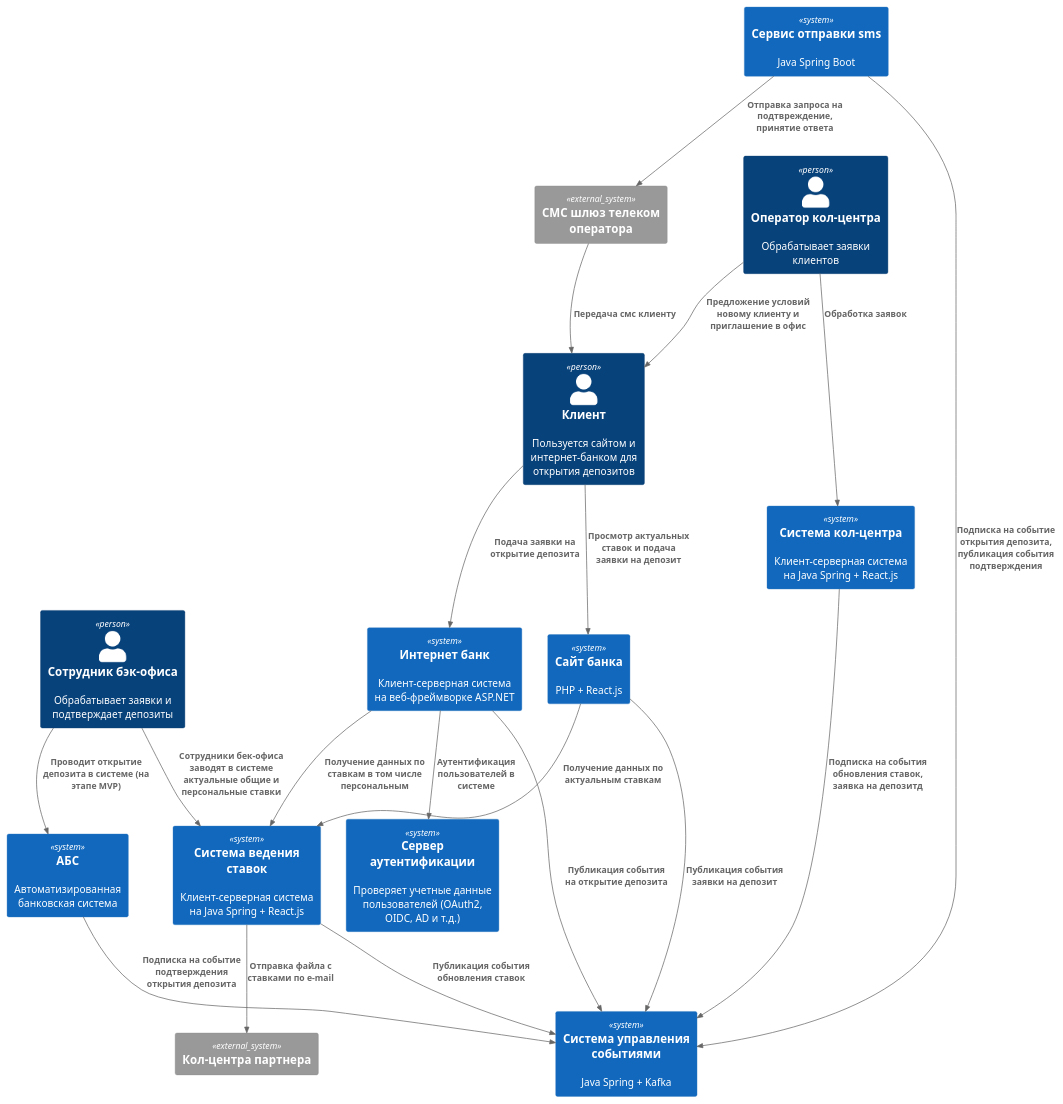
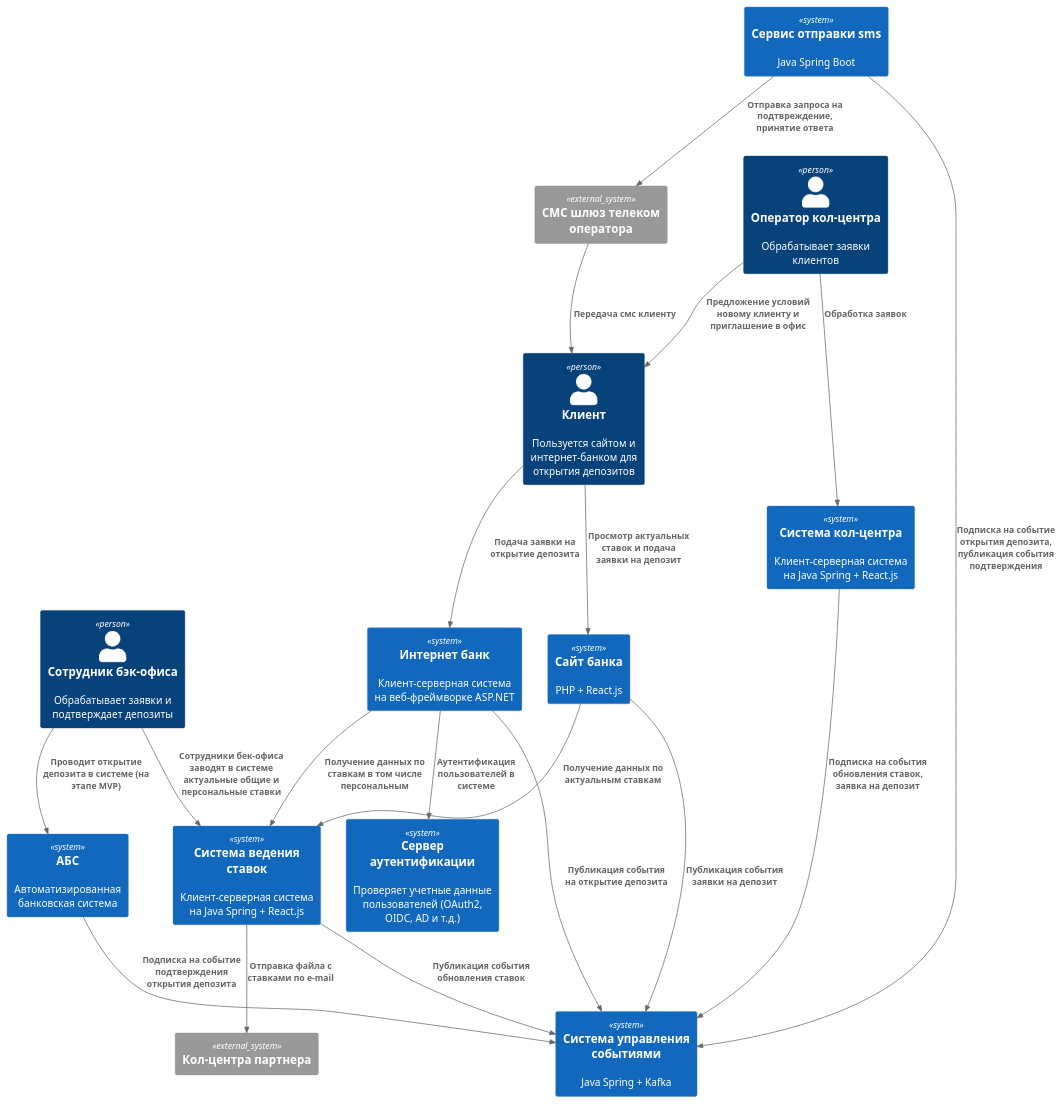
Before and after one commit to kirillgurkin69/architecture-standart: the diagram in Task4/context_new.puml, drawn with PlantUML. The commit also changed 6 other files, not shown here.

```diff
--- a/Task4/context_new.puml
+++ b/Task4/context_new.puml
@@ -1,45 +1,45 @@
 @startuml
 !includeurl https://raw.githubusercontent.com/plantuml-stdlib/C4-PlantUML/master/C4_Context.puml
 
 ' Персонажи
 Person(customer, "Клиент", "Пользуется сайтом и интернет-банком для открытия депозитов")
 Person(callcenter_op, "Оператор кол-центра", "Обрабатывает заявки клиентов")
 Person(backoffice, "Сотрудник бэк-офиса", "Обрабатывает заявки и подтверждает депозиты")
 
 ' Существующие системы
 System(cbs, "АБС", "Автоматизированная банковская система")
 System(internet_bank, "Интернет банк", "Клиент-серверная система на веб-фреймворке ASP.NET")
 System(call_center, "Система кол-центра", "Клиент-серверная система на Java Spring + React.js")
 System(web_site, "Сайт банка", "PHP + React.js")
 System(auth_provider, "Сервер аутентификации", "Проверяет учетные данные пользователей (OAuth2, OIDC, AD и т.д.)")
 
 ' Внешние системы
 System_Ext(call_center_ext, "Кол-центра партнера")
 System_Ext(sms_gateway, "СМС шлюз телеком оператора")
 
 ' Новые системы
 System(rate_system, "Система ведения ставок", "Клиент-серверная система на Java Spring + React.js")
 System(event_system, "Система управления событиями", "Java Spring + Kafka")
 System(sms_service, "Сервис отправки sms", "Java Spring Boot")
 
 Rel(customer, web_site, "Просмотр актуальных ставок и подача заявки на депозит")
 Rel(web_site, rate_system, "Получение данных по актуальным ставкам")
 Rel(web_site, event_system, "Публикация события заявки на депозит")
 Rel(callcenter_op, call_center, "Обработка заявок")
 Rel(callcenter_op, customer, "Предложение условий новому клиенту и приглашение в офис")
 Rel(internet_bank, rate_system, "Получение данных по ставкам в том числе персональным")
 Rel(customer, internet_bank, "Подача заявки на открытие депозита")
 Rel(internet_bank, event_system, "Публикация события на открытие депозита")
 Rel(sms_service, event_system, "Подписка на событие открытия депозита, публикация события подтверждения")
 Rel(sms_service, sms_gateway, "Отправка запроса на подтвреждение, принятие ответа")
 Rel(sms_gateway, customer, "Передача смс клиенту")
 Rel(cbs, event_system, "Подписка на событие подтверждения открытия депозита ")
 Rel(backoffice, cbs, "Проводит открытие депозита в системе (на этапе MVP)")
 Rel(backoffice, rate_system, "Сотрудники бек-офиса заводят в системе актуальные общие и персональные ставки")
 Rel(internet_bank, auth_provider, "Аутентификация пользователей в системе")
 Rel(rate_system, event_system, "Публикация события обновления ставок")
-Rel(call_center, event_system, "Подписка на события обновления ставок, заявка на депозитд")
+Rel(call_center, event_system, "Подписка на события обновления ставок, заявка на депозит")
 Rel(rate_system, call_center_ext, "Отправка файла с ставками по e-mail")
 
 
 @enduml
```
